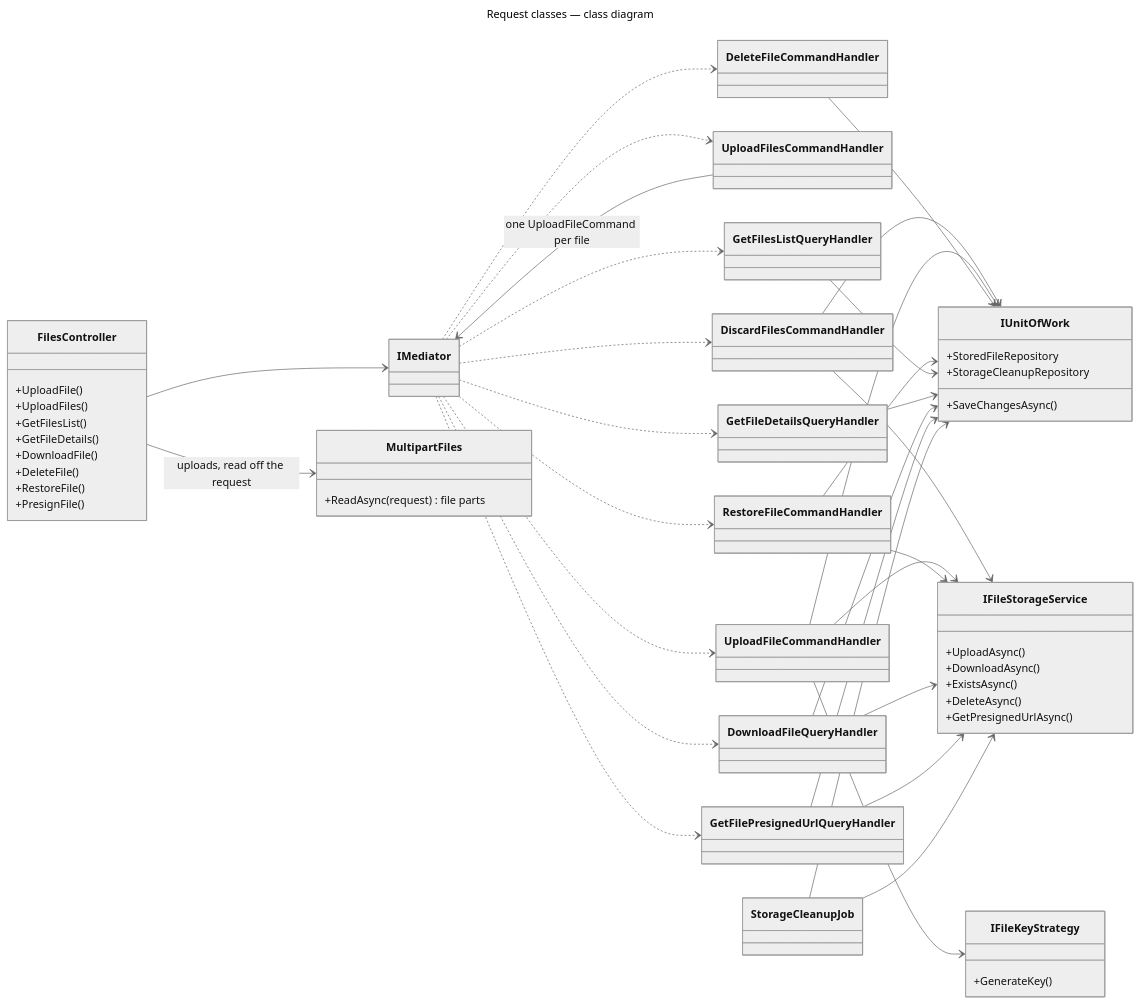
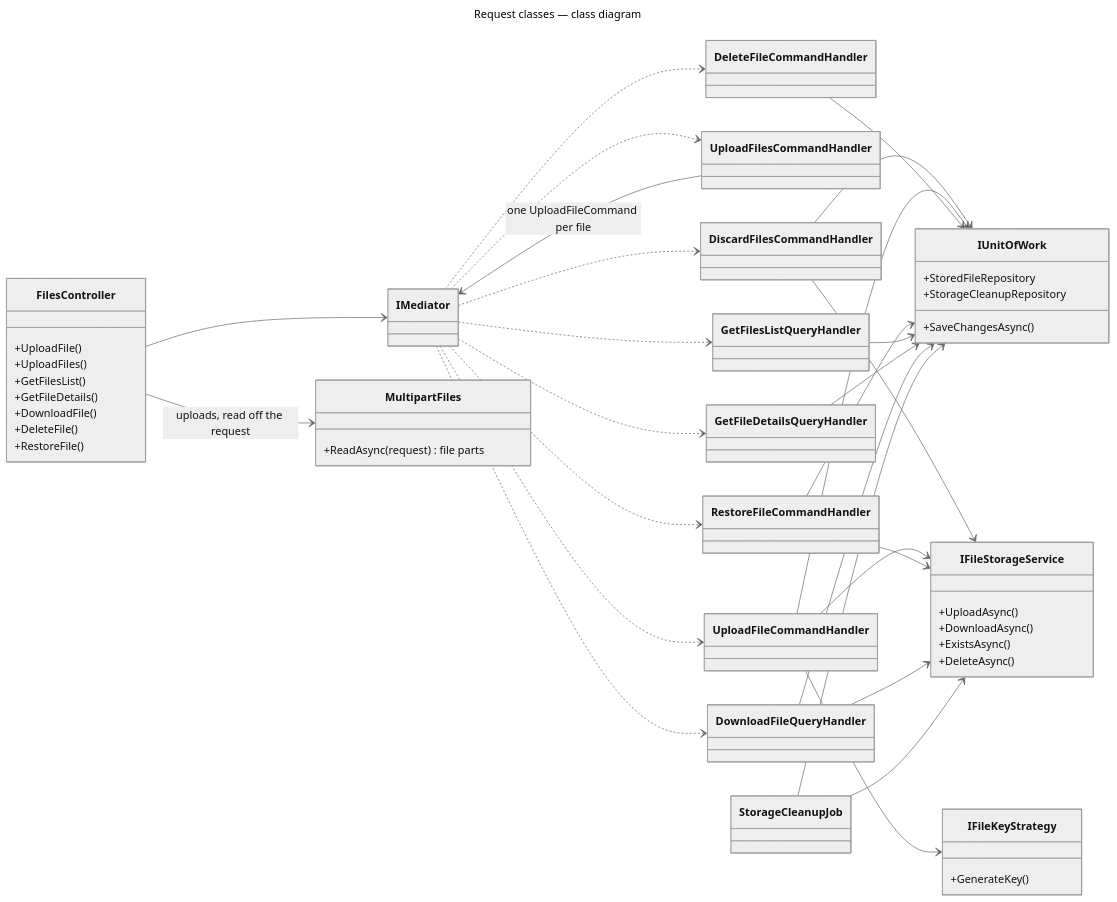
Before and after one commit to gmetskhvarishvili/GM.FileStorage.Samples: the fifth of 6 diagrams in docs/dependencies.md, drawn with Mermaid (neutral theme). The commit also changed other lines of this file and 19 other files, not shown here.

````diff
--- a/docs/dependencies.md
+++ b/docs/dependencies.md
@@ -174,78 +174,72 @@
 ```mermaid
 ---
 title: Request classes — class diagram
 ---
 classDiagram
     direction LR
 
     class FilesController {
         +UploadFile()
         +UploadFiles()
         +GetFilesList()
         +GetFileDetails()
         +DownloadFile()
         +DeleteFile()
         +RestoreFile()
-        +PresignFile()
     }
     class IMediator
     class UploadFileCommandHandler
     class UploadFilesCommandHandler
     class DiscardFilesCommandHandler
     class MultipartFiles {
         +ReadAsync(request) file parts
     }
     class DeleteFileCommandHandler
     class RestoreFileCommandHandler
     class GetFilesListQueryHandler
     class GetFileDetailsQueryHandler
     class DownloadFileQueryHandler
-    class GetFilePresignedUrlQueryHandler
 
     class IUnitOfWork {
         +StoredFileRepository
         +StorageCleanupRepository
         +SaveChangesAsync()
     }
     class IFileStorageService {
         +UploadAsync()
         +DownloadAsync()
         +ExistsAsync()
         +DeleteAsync()
-        +GetPresignedUrlAsync()
     }
     class IFileKeyStrategy {
         +GenerateKey()
     }
     class StorageCleanupJob
 
     FilesController --> IMediator
     FilesController --> MultipartFiles : uploads, read off the request
     IMediator ..> UploadFileCommandHandler
     IMediator ..> UploadFilesCommandHandler
     IMediator ..> DiscardFilesCommandHandler
     UploadFilesCommandHandler --> IMediator : one UploadFileCommand per file
     DiscardFilesCommandHandler --> IUnitOfWork
     DiscardFilesCommandHandler --> IFileStorageService
     IMediator ..> DeleteFileCommandHandler
     IMediator ..> RestoreFileCommandHandler
     IMediator ..> GetFilesListQueryHandler
     IMediator ..> GetFileDetailsQueryHandler
     IMediator ..> DownloadFileQueryHandler
-    IMediator ..> GetFilePresignedUrlQueryHandler
 
     UploadFileCommandHandler --> IUnitOfWork
     UploadFileCommandHandler --> IFileStorageService
     UploadFileCommandHandler --> IFileKeyStrategy
     DeleteFileCommandHandler --> IUnitOfWork
     RestoreFileCommandHandler --> IUnitOfWork
     RestoreFileCommandHandler --> IFileStorageService
     GetFilesListQueryHandler --> IUnitOfWork
     GetFileDetailsQueryHandler --> IUnitOfWork
     DownloadFileQueryHandler --> IUnitOfWork
     DownloadFileQueryHandler --> IFileStorageService
-    GetFilePresignedUrlQueryHandler --> IUnitOfWork
-    GetFilePresignedUrlQueryHandler --> IFileStorageService
     StorageCleanupJob --> IUnitOfWork
     StorageCleanupJob --> IFileStorageService
 ```
````
